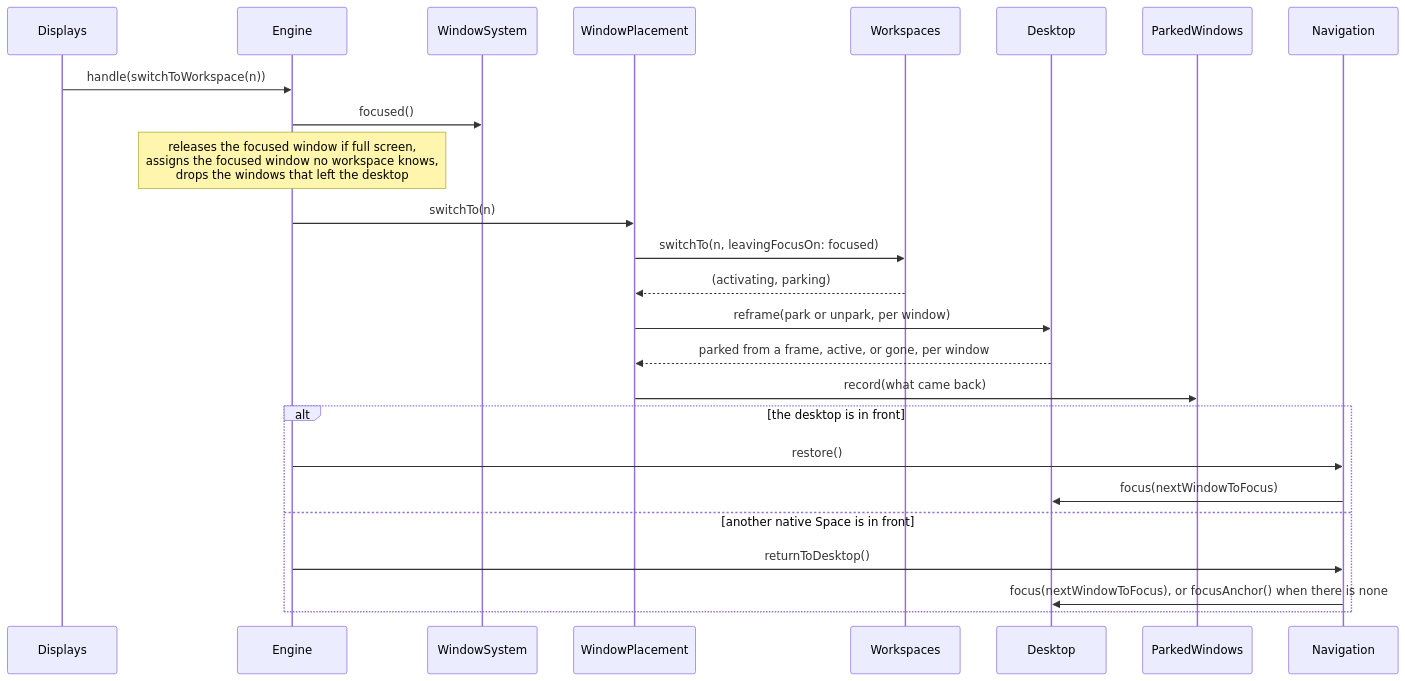
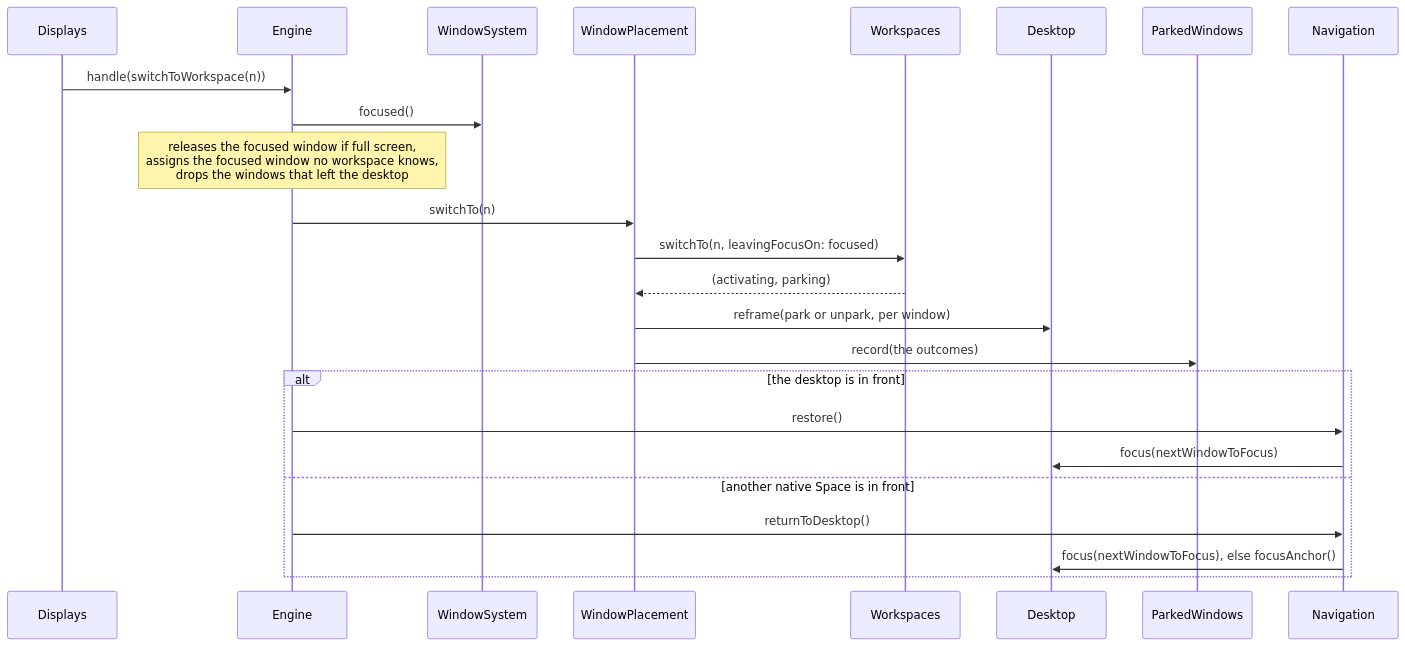
Before and after one commit to brennovich/ottowm: diagram 11 of 25 in ARCHITECTURE.md, drawn with Mermaid. The commit also changed other lines of this file, not shown here.

````diff
--- a/ARCHITECTURE.md
+++ b/ARCHITECTURE.md
@@ -329,19 +303,18 @@
 ```mermaid
 sequenceDiagram
     Displays->>Engine: handle(switchToWorkspace(n))
     Engine->>WindowSystem: focused()
     Note over Engine: releases the focused window if full screen,<br/>assigns the focused window no workspace knows,<br/>drops the windows that left the desktop
     Engine->>WindowPlacement: switchTo(n)
     WindowPlacement->>Workspaces: switchTo(n, leavingFocusOn: focused)
     Workspaces-->>WindowPlacement: (activating, parking)
     WindowPlacement->>Desktop: reframe(park or unpark, per window)
-    Desktop-->>WindowPlacement: parked from a frame, active, or gone, per window
-    WindowPlacement->>ParkedWindows: record(what came back)
+    WindowPlacement->>ParkedWindows: record(the outcomes)
     alt the desktop is in front
         Engine->>Navigation: restore()
         Navigation->>Desktop: focus(nextWindowToFocus)
     else another native Space is in front
         Engine->>Navigation: returnToDesktop()
-        Navigation->>Desktop: focus(nextWindowToFocus), or focusAnchor() when there is none
+        Navigation->>Desktop: focus(nextWindowToFocus), else focusAnchor()
     end
 ```
````
